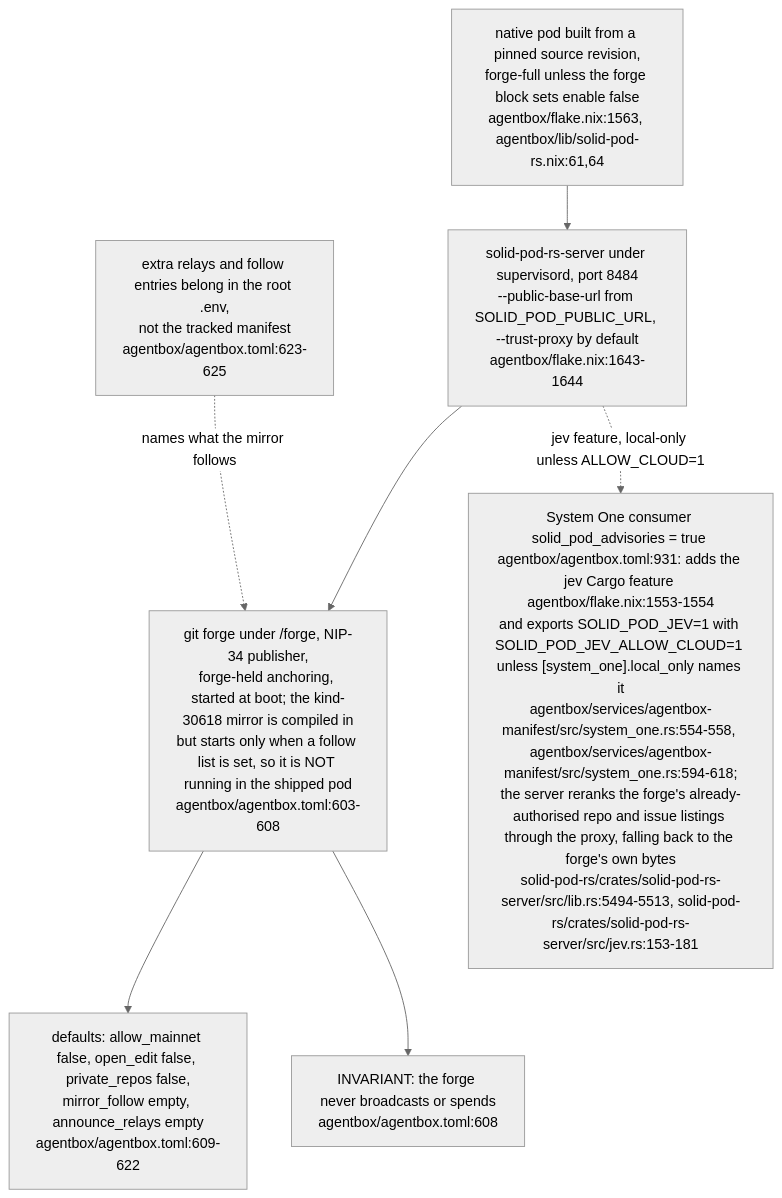
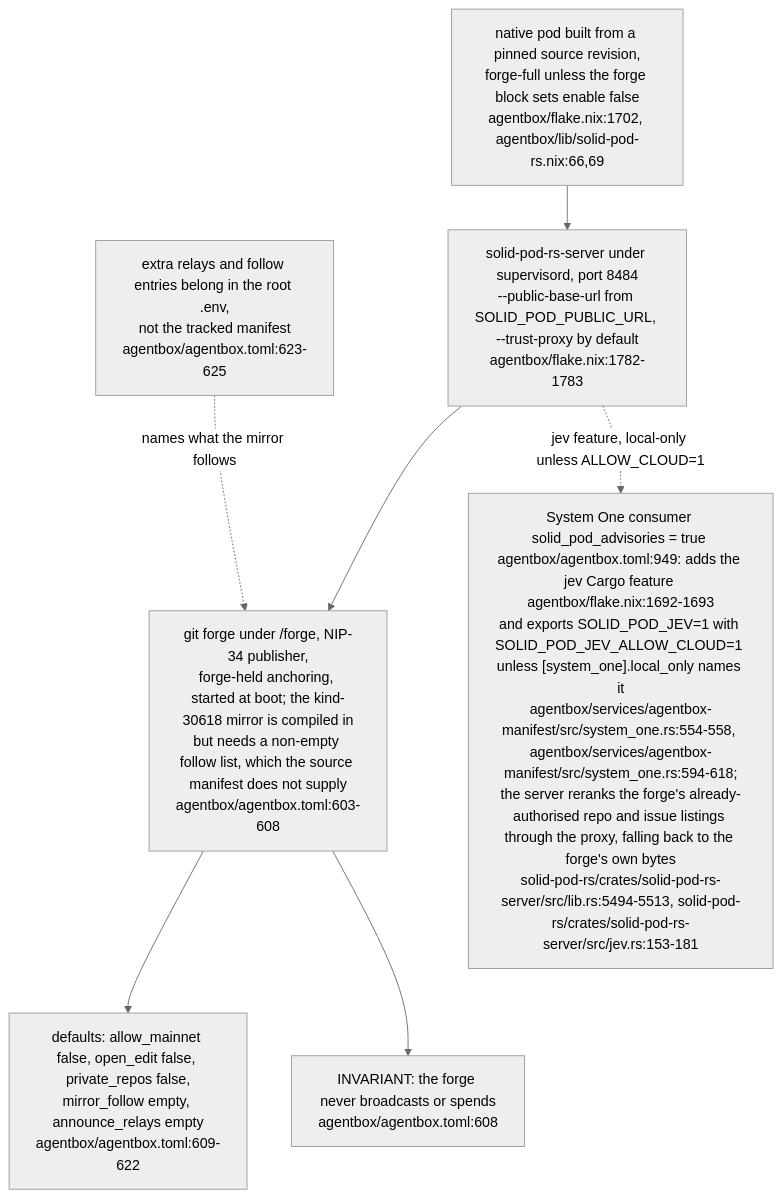
Diagram 13 of 13 in docs/diagrams/estate/08-solid-pod-estate.md (DreamLab-AI/VisionFlow), drawn with Mermaid (neutral theme) before and after one commit. The commit also changed other lines of this file and 12 other files, not shown here.

````diff
--- a/docs/diagrams/estate/08-solid-pod-estate.md
+++ b/docs/diagrams/estate/08-solid-pod-estate.md
@@ -552,15 +552,15 @@
 ```mermaid
 flowchart TB
-    PIN["native pod built from a pinned source revision,<br/>forge-full unless the forge block sets enable false<br/>agentbox/flake.nix:1563, agentbox/lib/solid-pod-rs.nix:61,64"]
-    SRV["solid-pod-rs-server under supervisord, port 8484<br/>--public-base-url from SOLID_POD_PUBLIC_URL, --trust-proxy by default<br/>agentbox/flake.nix:1643-1644"]
-    FORGE["git forge under /forge, NIP-34 publisher,<br/>forge-held anchoring, started at boot; the kind-30618 mirror is compiled in<br/>but starts only when a follow list is set, so it is NOT running in the shipped pod<br/>agentbox/agentbox.toml:603-608"]
+    PIN["native pod built from a pinned source revision,<br/>forge-full unless the forge block sets enable false<br/>agentbox/flake.nix:1702, agentbox/lib/solid-pod-rs.nix:66,69"]
+    SRV["solid-pod-rs-server under supervisord, port 8484<br/>--public-base-url from SOLID_POD_PUBLIC_URL, --trust-proxy by default<br/>agentbox/flake.nix:1782-1783"]
+    FORGE["git forge under /forge, NIP-34 publisher,<br/>forge-held anchoring, started at boot; the kind-30618 mirror is compiled in<br/>but needs a non-empty follow list, which the source manifest does not supply<br/>agentbox/agentbox.toml:603-608"]
     OFF["defaults: allow_mainnet false, open_edit false, private_repos false,<br/>mirror_follow empty, announce_relays empty<br/>agentbox/agentbox.toml:609-622"]
-    JEV["System One consumer solid_pod_advisories = true agentbox/agentbox.toml:931: adds the jev Cargo feature agentbox/flake.nix:1553-1554<br/>and exports SOLID_POD_JEV=1 with SOLID_POD_JEV_ALLOW_CLOUD=1 unless [system_one].local_only names it<br/>agentbox/services/agentbox-manifest/src/system_one.rs:554-558, agentbox/services/agentbox-manifest/src/system_one.rs:594-618;<br/>the server reranks the forge's already-authorised repo and issue listings through the proxy, falling back to the forge's own bytes<br/>solid-pod-rs/crates/solid-pod-rs-server/src/lib.rs:5494-5513, solid-pod-rs/crates/solid-pod-rs-server/src/jev.rs:153-181"]
+    JEV["System One consumer solid_pod_advisories = true agentbox/agentbox.toml:949: adds the jev Cargo feature agentbox/flake.nix:1692-1693<br/>and exports SOLID_POD_JEV=1 with SOLID_POD_JEV_ALLOW_CLOUD=1 unless [system_one].local_only names it<br/>agentbox/services/agentbox-manifest/src/system_one.rs:554-558, agentbox/services/agentbox-manifest/src/system_one.rs:594-618;<br/>the server reranks the forge's already-authorised repo and issue listings through the proxy, falling back to the forge's own bytes<br/>solid-pod-rs/crates/solid-pod-rs-server/src/lib.rs:5494-5513, solid-pod-rs/crates/solid-pod-rs-server/src/jev.rs:153-181"]
     ENV["extra relays and follow entries belong in the root .env,<br/>not the tracked manifest<br/>agentbox/agentbox.toml:623-625"]
     PIN --> SRV --> FORGE
     FORGE --> OFF
     SRV -.->|"jev feature, local-only unless ALLOW_CLOUD=1"| JEV
     ENV -.->|"names what the mirror follows"| FORGE
     NOANCHOR["INVARIANT: the forge never broadcasts or spends<br/>agentbox/agentbox.toml:608"]
     FORGE --> NOANCHOR
 ```
````
